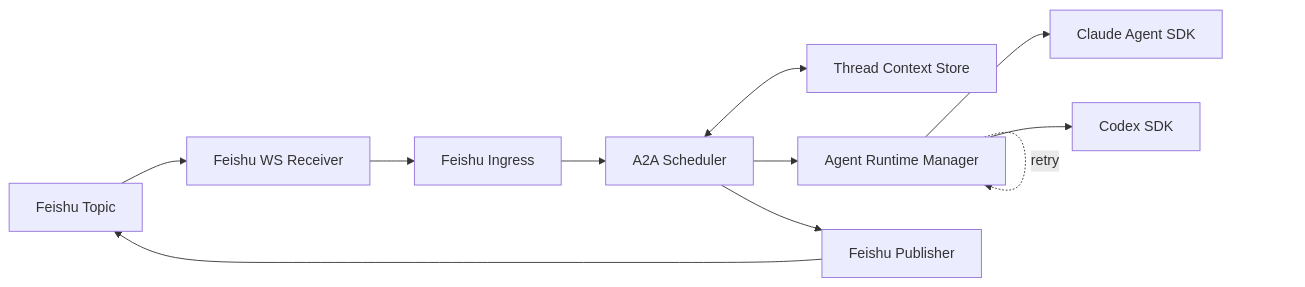
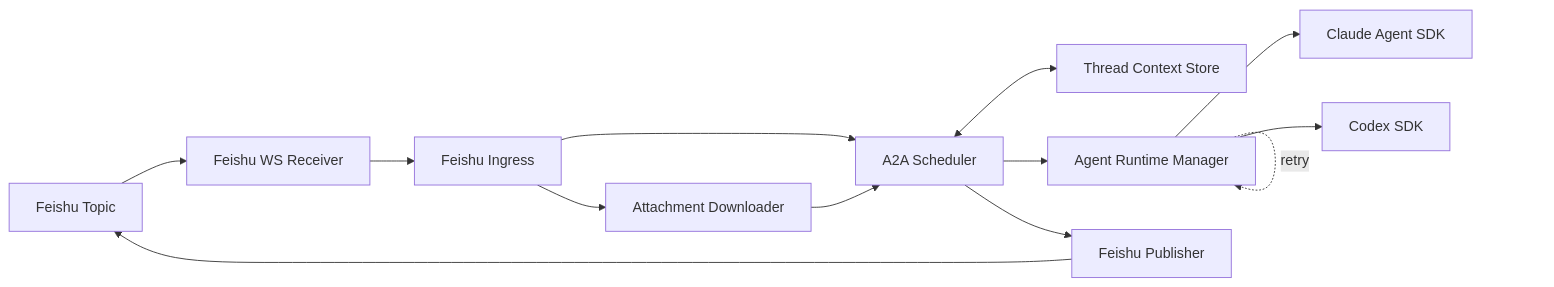
One commit to BD777/a2a changed the diagram in docs/architecture.md. Above: the diagram before and after it, drawn with Mermaid. The commit also changed other lines of this file and 26 other files, not shown here.

````diff
--- a/docs/architecture.md
+++ b/docs/architecture.md
@@ -3,13 +3,15 @@
 ```mermaid
 flowchart LR
   Feishu["Feishu Topic"] --> Receiver["Feishu WS Receiver"]
   Receiver --> Ingress["Feishu Ingress"]
+  Ingress --> Attachments["Attachment Downloader"]
   Ingress --> Scheduler["A2A Scheduler"]
   Scheduler <--> Store["Thread Context Store"]
+  Attachments --> Scheduler
   Scheduler --> Runtime["Agent Runtime Manager"]
   Runtime --> Claude["Claude Agent SDK"]
   Runtime --> Codex["Codex SDK"]
   Runtime -. retry .-> Runtime
   Scheduler --> Publisher["Feishu Publisher"]
   Publisher --> Feishu
 ```
````
